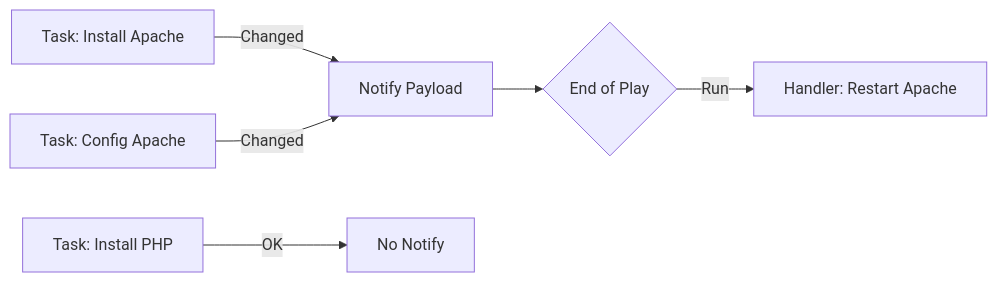
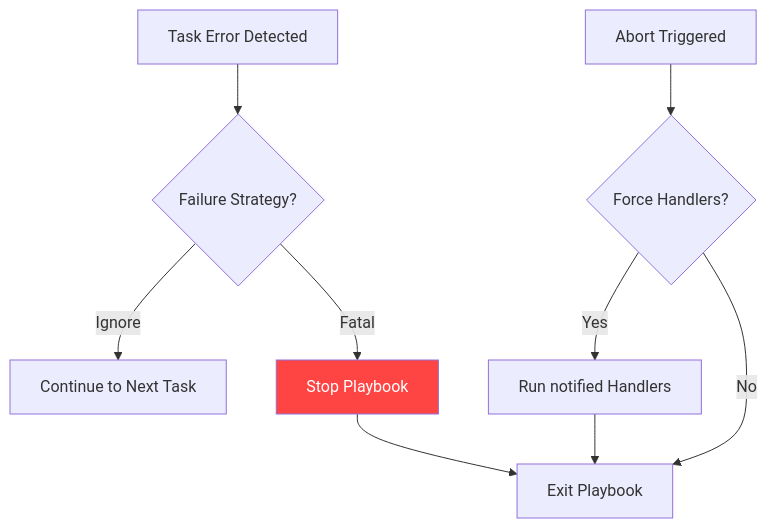
One commit to Ganil151/Devops changed the diagram in 2-Intermediate/04-Ansible/09-Error-Handling/README.md. Above: the diagram before and after it, drawn with Mermaid. The commit also changed other lines of this file and 7 other files, not shown here.

````diff
--- a/2-Intermediate/04-Ansible/09-Error-Handling/README.md
+++ b/2-Intermediate/04-Ansible/09-Error-Handling/README.md
@@ -63,9 +18,15 @@
 ```mermaid
-graph LR
-    Task1[Task: Install Apache] -->|Changed| Notify[Notify Payload]
-    Task2[Task: Config Apache] -->|Changed| Notify
-    Task3[Task: Install PHP] -->|OK| NoOp[No Notify]
+graph TD
+    Error[Task Error Detected] --> Strat{Failure Strategy?}
+    Strat -->|Ignore| Continue[Continue to Next Task]
+    Strat -->|Fatal| Abort[Stop Playbook]
     
-    Notify --> HStart{End of Play}
-    HStart -->|Run| Handler[Handler: Restart Apache]
+    Tabort[Abort Triggered] --> Handlers{Force Handlers?}
+    Handlers -->|Yes| RunH[Run notified Handlers]
+    Handlers -->|No| End[Exit Playbook]
+    
+    Abort --> End
+    RunH --> End
+    
+    style Abort fill:#ff4444,color:#fff
 ```
````
